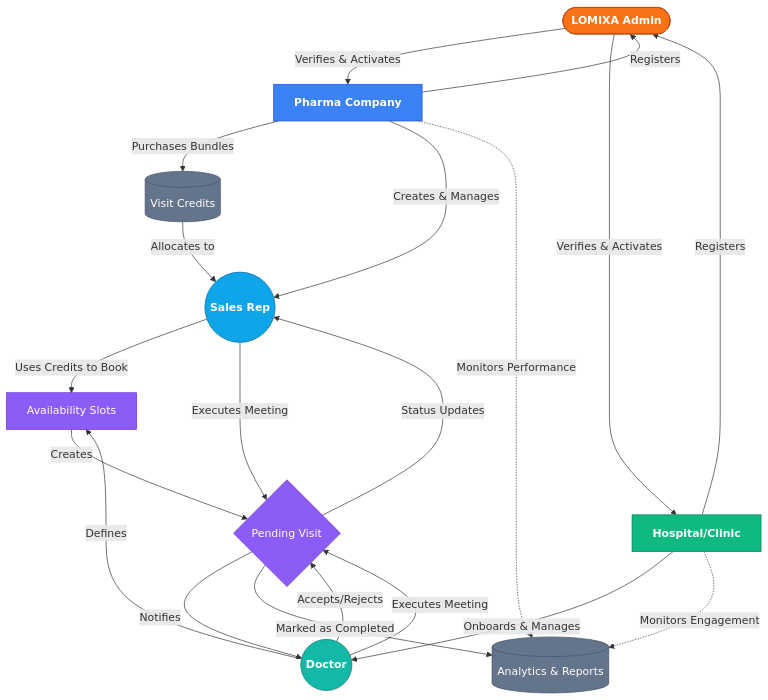
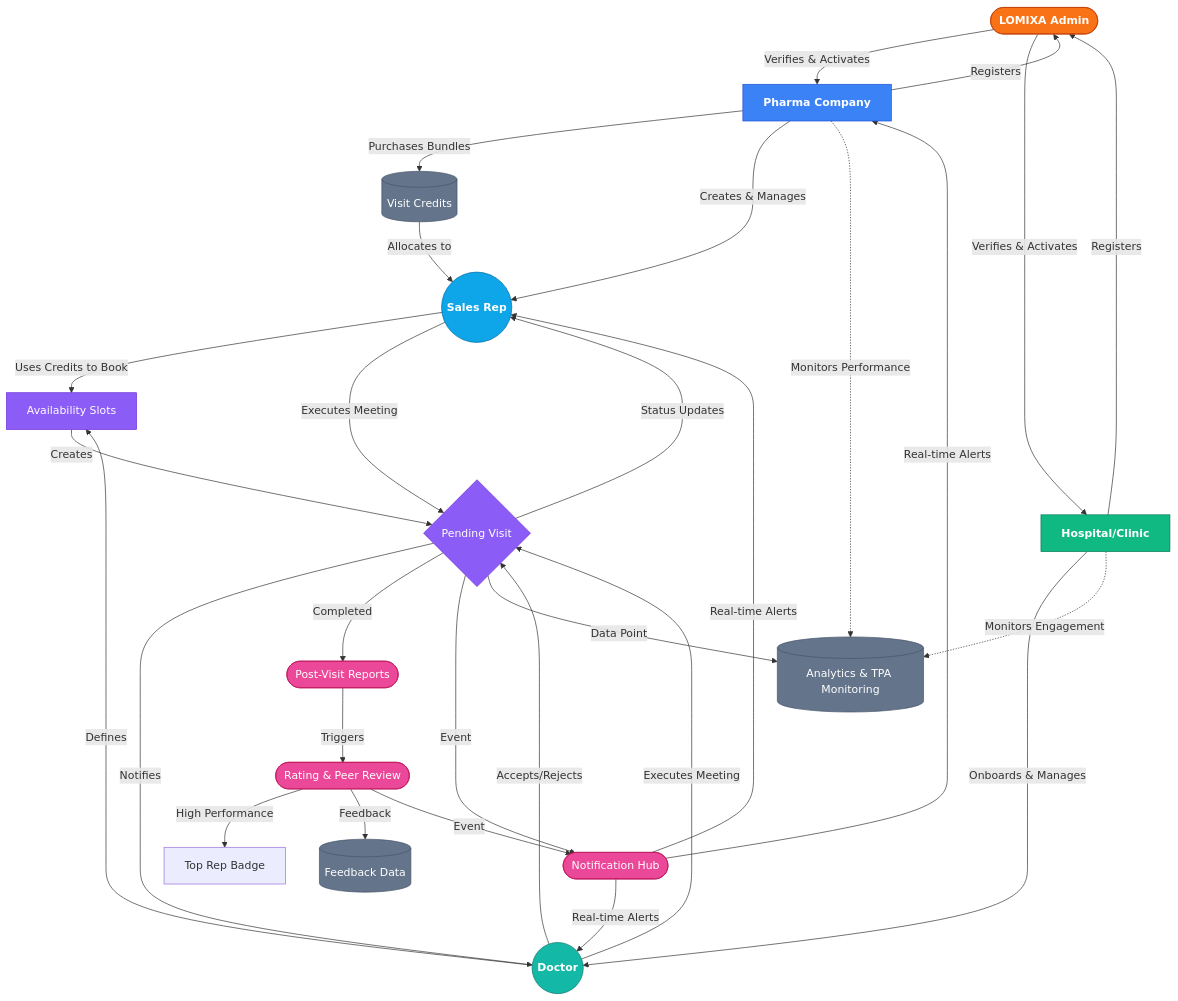
The diagram in README.md (Seifkassab20/Lomixa), drawn with Mermaid before and after one commit. The commit also changed other lines of this file, not shown here.

````diff
--- a/README.md
+++ b/README.md
@@ -15,57 +15,69 @@
 ```mermaid
 flowchart TD
     %% Core Entities
     Admin([LOMIXA Admin])
     Pharma[Pharma Company]
     Hospital[Hospital/Clinic]
     Rep((Sales Rep))
     Doctor((Doctor))
     
     %% Admin Verification Flow
     Pharma -- Registers --> Admin
     Hospital -- Registers --> Admin
     Admin -- Verifies & Activates --> Pharma
     Admin -- Verifies & Activates --> Hospital
 
     %% Pharma Internal Flow
     Pharma -- Purchases Bundles --> Credits[(Visit Credits)]
     Pharma -- Creates & Manages --> Rep
     Credits -- Allocates to --> Rep
 
     %% Hospital Internal Flow
     Hospital -- Onboards & Manages --> Doctor
     
     %% Doctor Flow
     Doctor -- Defines --> Slots[Availability Slots]
 
     %% The Core Interaction: Booking a Visit
     Rep -- Uses Credits to Book --> Slots
     Slots -- Creates --> Visit{Pending Visit}
     Visit -- Notifies --> Doctor
 
     %% Visit Lifecycle
     Doctor -- Accepts/Rejects --> Visit
     Visit -- Status Updates --> Rep
     
-    %% Post-Visit
+    %% Post-Visit & Quality Loop
     Rep & Doctor -- Executes Meeting --> Visit
-    Visit -- Marked as Completed --> Analytics[(Analytics & Reports)]
+    Visit -- Completed --> Reports([Post-Visit Reports])
+    Reports -- Triggers --> Rating([Rating & Peer Review])
+    Rating -- High Performance --> TopRep[Top Rep Badge]
+    Rating -- Feedback --> Outcome[(Feedback Data)]
+    
+    %% Notification Layer
+    Visit & Rating -- Event --> Notify([Notification Hub])
+    Notify -- Real-time Alerts --> Rep & Doctor & Pharma
+
+    %% Analytics
+    Visit -- Data Point --> Analytics[(Analytics & TPA Monitoring)]
     Pharma -. Monitors Performance .-> Analytics
     Hospital -. Monitors Engagement .-> Analytics
 
     classDef admin fill:#f97316,stroke:#c2410c,color:#fff,font-weight:bold;
     classDef pharma fill:#3b82f6,stroke:#1d4ed8,color:#fff,font-weight:bold;
     classDef rep fill:#0ea5e9,stroke:#0369a1,color:#fff,font-weight:bold;
     classDef hospital fill:#10b981,stroke:#047857,color:#fff,font-weight:bold;
     classDef doc fill:#14b8a6,stroke:#0f766e,color:#fff,font-weight:bold;
     classDef action fill:#8b5cf6,stroke:#6d28d9,color:#fff;
+    classDef feedback fill:#ec4899,stroke:#be185d,color:#fff;
     classDef db fill:#64748b,stroke:#475569,color:#fff;
 
     class Admin admin;
     class Pharma pharma;
     class Hospital hospital;
     class Rep rep;
     class Doctor doc;
     class Visit,Slots action;
-    class Credits,Analytics db;
+    class Reports,Rating,Notify feedback;
+    class Credits,Analytics,Outcome db;
 ```
````
